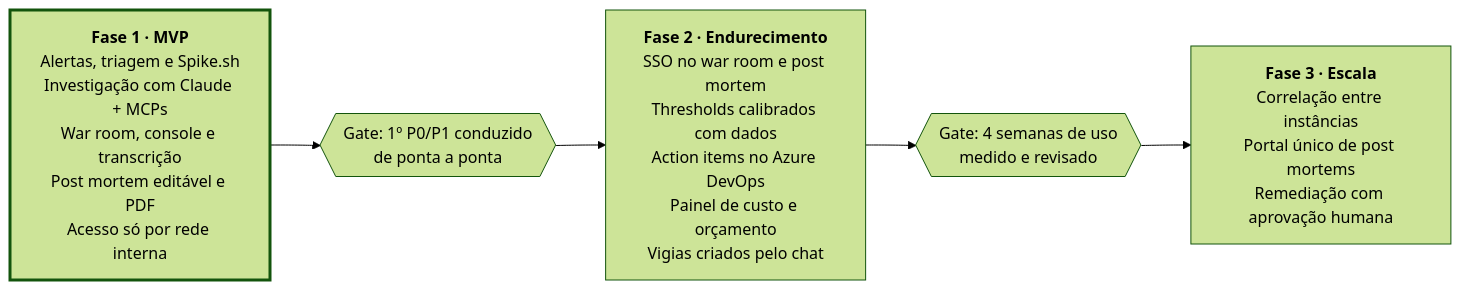
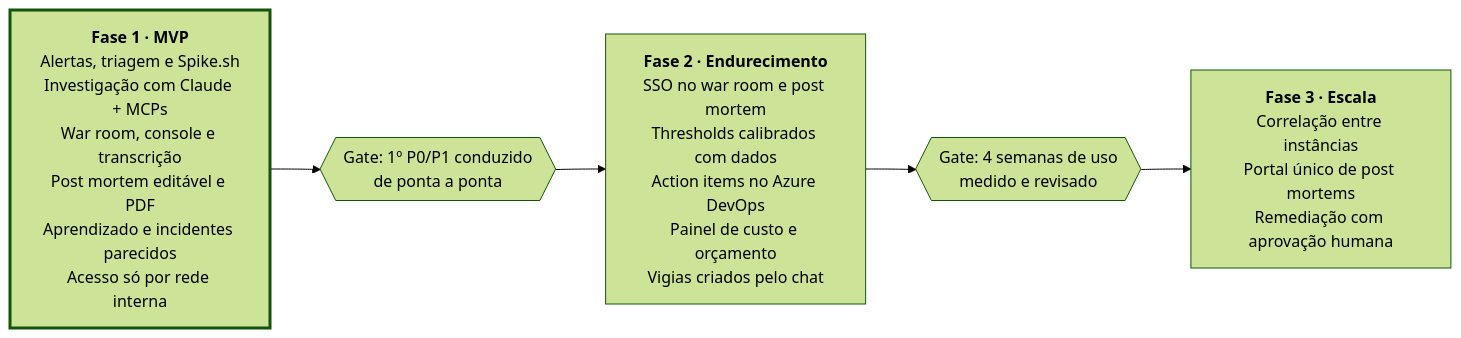
One commit to viniciusfaleiro/grolla-agent changed the third of 3 diagrams in docs/initial-spec.md. Above: the diagram before and after it, drawn with Mermaid (forest theme). The commit also changed other lines of this file and 2 other files, not shown here.

Commit message:
Incluir o aprendizado contínuo na spec de produto e no roadmap

````diff
--- a/docs/initial-spec.md
+++ b/docs/initial-spec.md
@@ -484,13 +518,13 @@
 ```mermaid
 flowchart LR
-    F1["<b>Fase 1 · MVP</b><br/>Alertas, triagem e Spike.sh<br/>Investigação com Claude + MCPs<br/>War room, console e transcrição<br/>Post mortem editável e PDF<br/>Acesso só por rede interna"]
+    F1["<b>Fase 1 · MVP</b><br/>Alertas, triagem e Spike.sh<br/>Investigação com Claude + MCPs<br/>War room, console e transcrição<br/>Post mortem editável e PDF<br/>Aprendizado e incidentes parecidos<br/>Acesso só por rede interna"]
     G1{{"Gate: 1º P0/P1 conduzido<br/>de ponta a ponta"}}
     F2["<b>Fase 2 · Endurecimento</b><br/>SSO no war room e post mortem<br/>Thresholds calibrados com dados<br/>Action items no Azure DevOps<br/>Painel de custo e orçamento<br/>Vigias criados pelo chat"]
     G2{{"Gate: 4 semanas de uso<br/>medido e revisado"}}
     F3["<b>Fase 3 · Escala</b><br/>Correlação entre instâncias<br/>Portal único de post mortems<br/>Remediação com aprovação humana"]
 
     F1 --> G1 --> F2 --> G2 --> F3
 
     classDef atual stroke-width:3px;
     class F1 atual;
 ```
````
